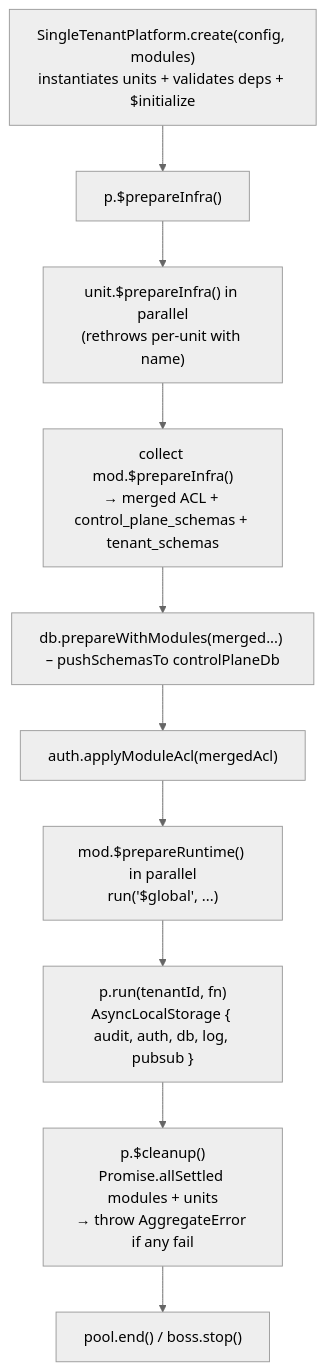
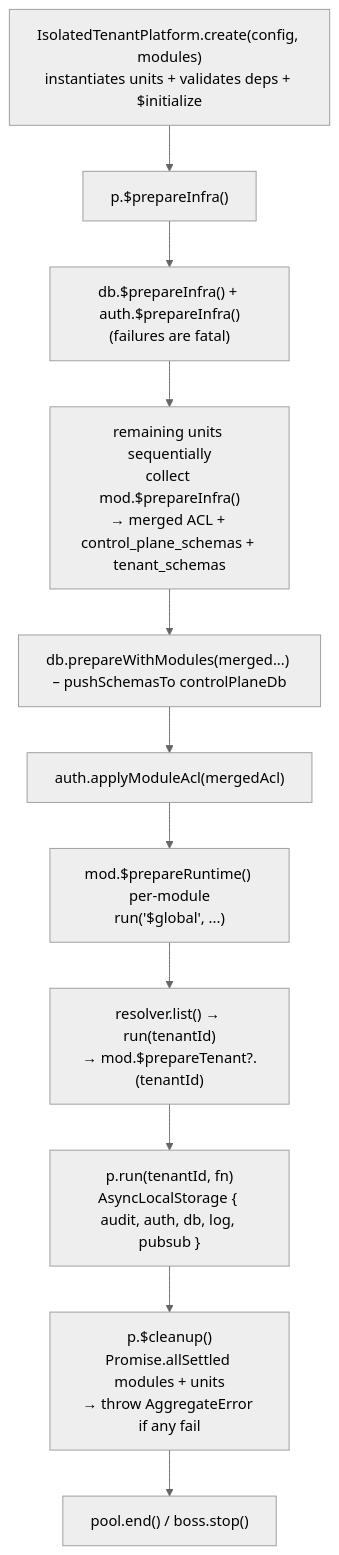
Before and after one commit to AdityaBorkar/aspen-os: the second of 3 diagrams in packages/platform/docs/overview.mdx, drawn with Mermaid (neutral theme). The commit also changed other lines of this file and 44 other files, not shown here.

````diff
--- a/packages/platform/docs/overview.mdx
+++ b/packages/platform/docs/overview.mdx
@@ -90,12 +84,13 @@
 ```mermaid
 flowchart TB
-  A["SingleTenantPlatform.create(config, modules)\ninstantiates units + validates deps + $initialize"] --> B["p.$prepareInfra()"]
-  B --> B1["unit.$prepareInfra() in parallel\n(rethrows per-unit with name)"]
-  B1 --> B2["collect mod.$prepareInfra()\n→ merged ACL + control_plane_schemas + tenant_schemas"]
+  A["IsolatedTenantPlatform.create(config, modules)\ninstantiates units + validates deps + $initialize"] --> B["p.$prepareInfra()"]
+  B --> B1["db.$prepareInfra() + auth.$prepareInfra()\n(failures are fatal)"]
+  B1 --> B2["remaining units sequentially\ncollect mod.$prepareInfra()\n→ merged ACL + control_plane_schemas + tenant_schemas"]
   B2 --> B3["db.prepareWithModules(merged...) – pushSchemasTo controlPlaneDb"]
   B3 --> B4["auth.applyModuleAcl(mergedAcl)"]
-  B4 --> B5["mod.$prepareRuntime() in parallel\nrun('$global', ...)"]
-  B5 --> C["p.run(tenantId, fn)\nAsyncLocalStorage { audit, auth, db, log, pubsub }"]
+  B4 --> B5["mod.$prepareRuntime() per-module\nrun('$global', ...)"]
+  B5 --> B6["resolver.list() → run(tenantId)\n→ mod.$prepareTenant?.(tenantId)"]
+  B6 --> C["p.run(tenantId, fn)\nAsyncLocalStorage { audit, auth, db, log, pubsub }"]
   C --> D["p.$cleanup()\nPromise.allSettled modules + units\n→ throw AggregateError if any fail"]
   D --> E["pool.end() / boss.stop()"]
 ```
````
